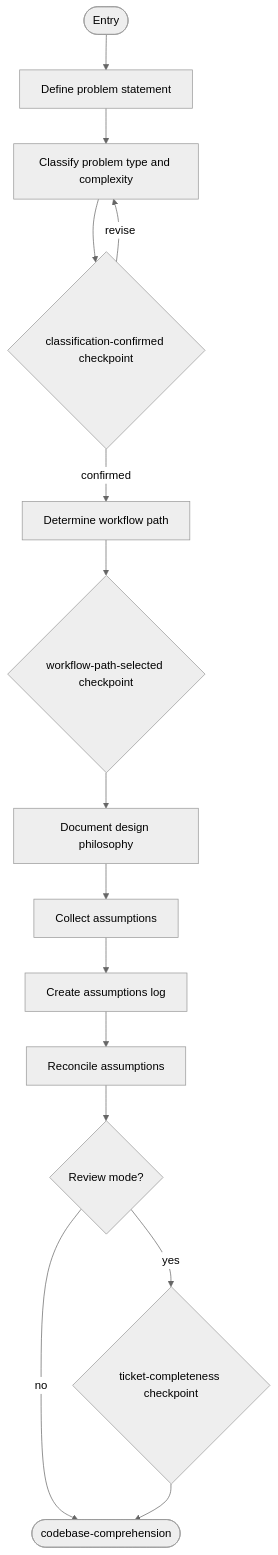
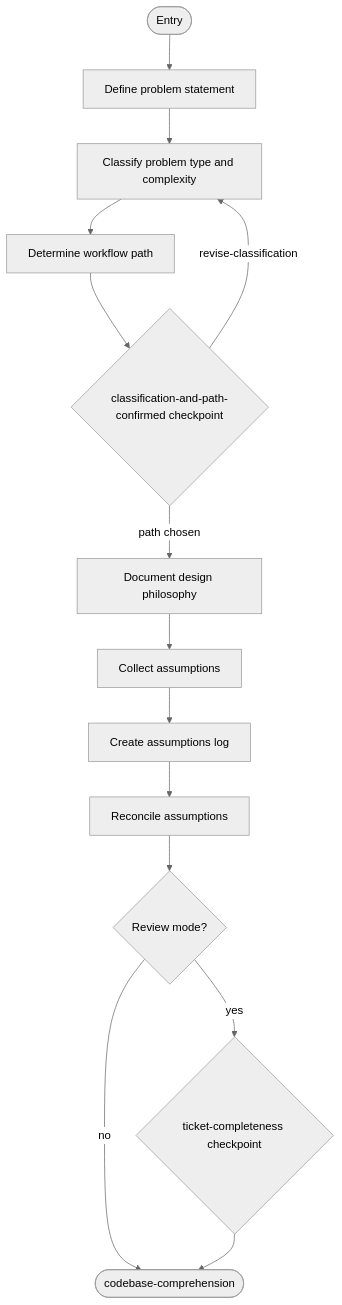
Before and after one commit to m2ux/workflow-server: the second of 15 diagrams in work-package/activities/README.md, drawn with Mermaid (neutral theme). The commit also changed other lines of this file and 4 other files, not shown here.

````diff
--- a/work-package/activities/README.md
+++ b/work-package/activities/README.md
@@ -67,18 +67,16 @@
 ```mermaid
 graph TD
     entryNode(["Entry"]) --> defineProblem["Define problem statement"]
     defineProblem --> classifyProblem["Classify problem type and complexity"]
-    classifyProblem --> cpClassified{"classification-confirmed checkpoint"}
-    cpClassified -->|"confirmed"| determinePath["Determine workflow path"]
-    cpClassified -->|"revise"| classifyProblem
-
-    determinePath --> cpPath{"workflow-path-selected checkpoint"}
-    cpPath --> docPhilosophy["Document design philosophy"]
+    classifyProblem --> determinePath["Determine workflow path"]
+    determinePath --> cpClassPath{"classification-and-path-confirmed checkpoint"}
+    cpClassPath -->|"revise-classification"| classifyProblem
+    cpClassPath -->|"path chosen"| docPhilosophy["Document design philosophy"]
     docPhilosophy --> collectAssumptions["Collect assumptions"]
     collectAssumptions --> createLog["Create assumptions log"]
     createLog --> reconcile["Reconcile assumptions"]
     reconcile --> reviewMode{"Review mode?"}
     reviewMode -->|"yes"| ticketCompleteness{"ticket-completeness checkpoint"}
     reviewMode -->|"no"| exitComprehension(["codebase-comprehension"])
     ticketCompleteness --> exitComprehension
 ```
````
